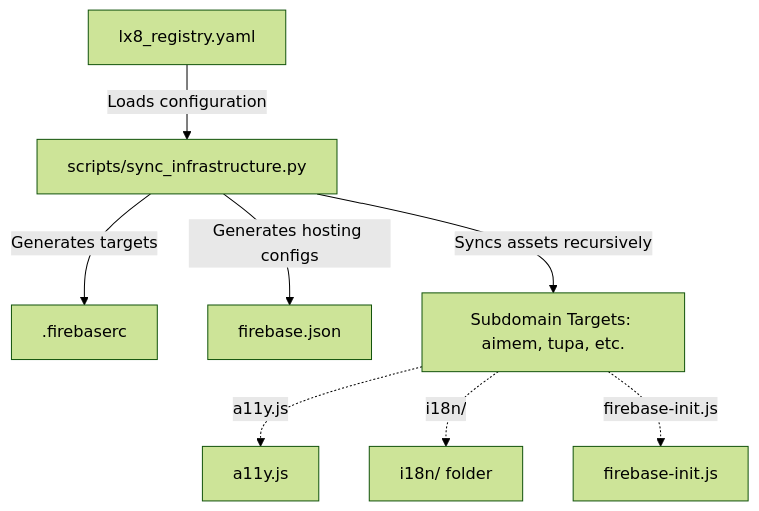
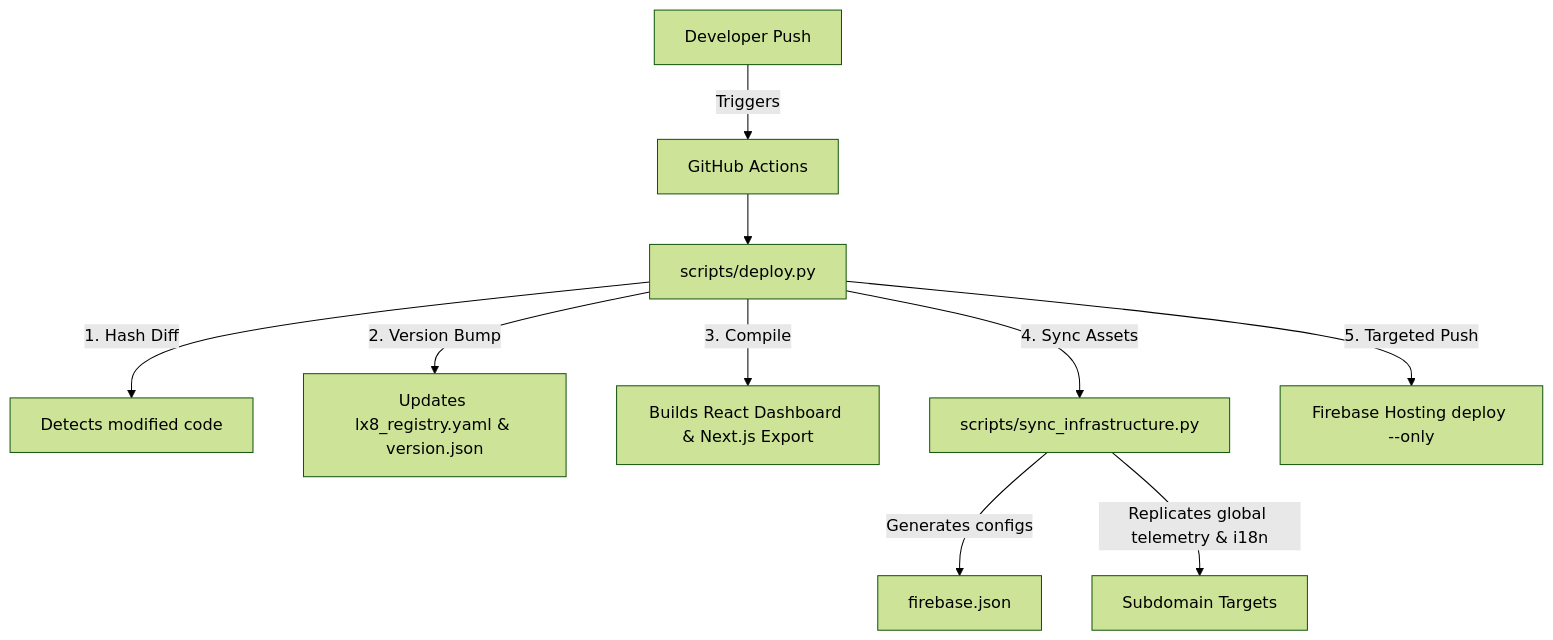
Before and after one commit to LX8/lx8-website: the diagram in ARCHITECTURE.md, drawn with Mermaid (forest theme). The commit also changed other lines of this file and 12824 other files, not shown here.

````diff
--- a/ARCHITECTURE.md
+++ b/ARCHITECTURE.md
@@ -41,11 +41,15 @@
 ```mermaid
 graph TD
-    Registry[lx8_registry.yaml] -->|Loads configuration| SyncScript[scripts/sync_infrastructure.py]
-    SyncScript -->|Generates targets| Firebaserc[.firebaserc]
-    SyncScript -->|Generates hosting configs| FirebaseJson[firebase.json]
-    SyncScript -->|Syncs assets recursively| Subdomains[Subdomain Targets: aimem, tupa, etc.]
+    Developer[Developer Push] -->|Triggers| CI[GitHub Actions]
+    CI --> DeployScript[scripts/deploy.py]
     
-    Subdomains -.->|a11y.js| Accessibility[a11y.js]
-    Subdomains -.->|i18n/| Translations[i18n/ folder]
-    Subdomains -.->|firebase-init.js| Telemetry[firebase-init.js]
+    DeployScript -->|1. Hash Diff| ChangeDetection[Detects modified code]
+    DeployScript -->|2. Version Bump| Registry[Updates lx8_registry.yaml & version.json]
+    DeployScript -->|3. Compile| Build[Builds React Dashboard & Next.js Export]
+    DeployScript -->|4. Sync Assets| SyncScript[scripts/sync_infrastructure.py]
+    
+    SyncScript -->|Generates configs| FirebaseJson[firebase.json]
+    SyncScript -->|Replicates global telemetry & i18n| Subdomains[Subdomain Targets]
+    
+    DeployScript -->|5. Targeted Push| Firebase[Firebase Hosting deploy --only]
 ```
````
